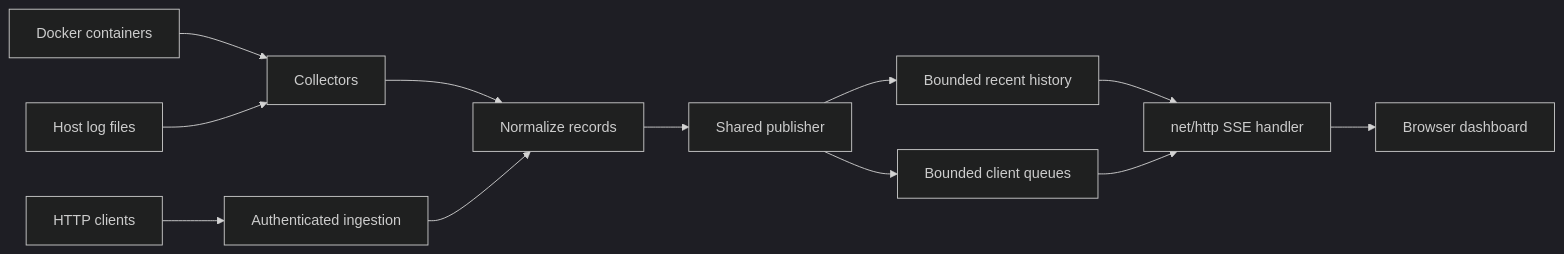
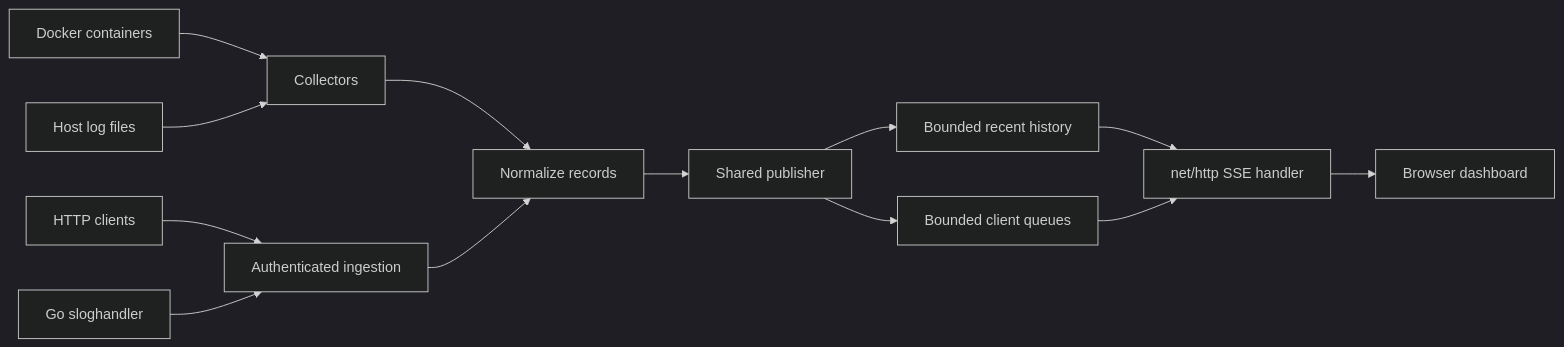
One commit to AbdulRahimOM/log-streamer changed the diagram in docs/architecture.md. Above: the diagram before and after it, drawn with Mermaid (dark theme). The commit also changed other lines of this file and 7 other files, not shown here.

````diff
--- a/docs/architecture.md
+++ b/docs/architecture.md
@@ -5,14 +5,15 @@
 ```mermaid
 flowchart LR
     D[Docker containers] --> C[Collectors]
     F[Host log files] --> C
     A[HTTP clients] --> I[Authenticated ingestion]
+    G[Go sloghandler] --> I
     C --> N[Normalize records]
     I --> N
     N --> P[Shared publisher]
     P --> R[Bounded recent history]
     P --> Q[Bounded client queues]
     R --> S[net/http SSE handler]
     Q --> S
     S --> UI[Browser dashboard]
 ```
````
